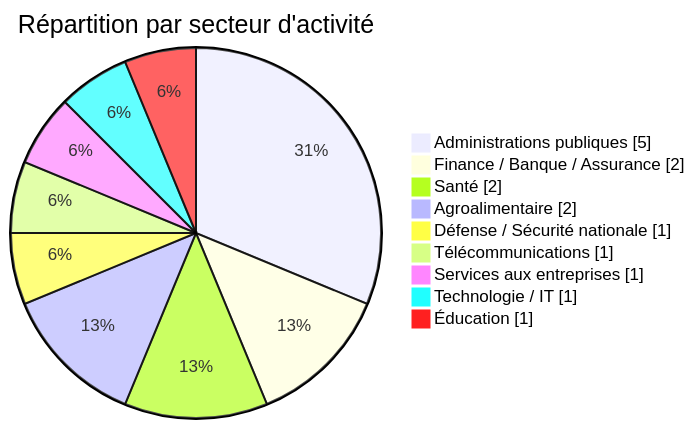
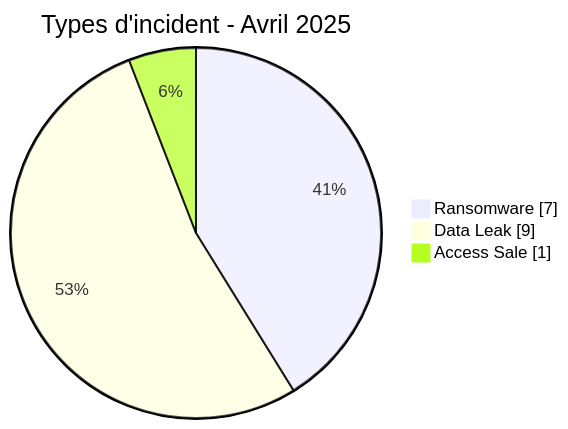
One commit to Hatchepsoute/AFRINTEL changed the first of 7 diagrams in CyberAttackAfrica/2025/04-april/README_FR.md. Above: the diagram before and after it, drawn with Mermaid. The commit also changed other lines of this file and 3 other files, not shown here.

````diff
--- a/CyberAttackAfrica/2025/04-april/README_FR.md
+++ b/CyberAttackAfrica/2025/04-april/README_FR.md
@@ -71,13 +64,7 @@
 ```mermaid
 pie showData
-    title Répartition par secteur d'activité
-    "Administrations publiques" : 5
-    "Finance / Banque / Assurance" : 2
-    "Santé" : 2
-    "Agroalimentaire" : 2
-    "Défense / Sécurité nationale" : 1
-    "Télécommunications" : 1
-    "Services aux entreprises" : 1
-    "Technologie / IT" : 1
-    "Éducation" : 1
+    title Types d'incident - Avril 2025
+    "Ransomware" : 7
+    "Data Leak" : 9
+    "Access Sale" : 1
 ```
````
